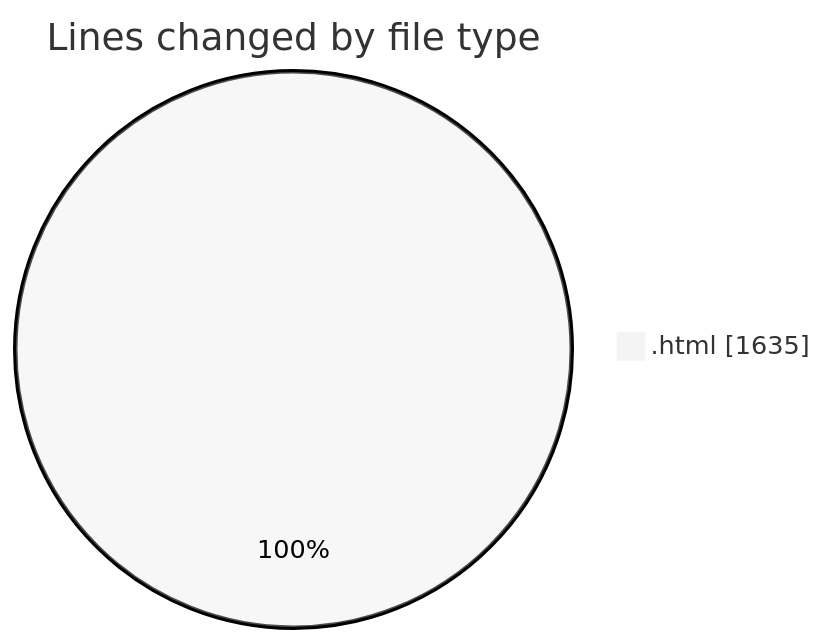
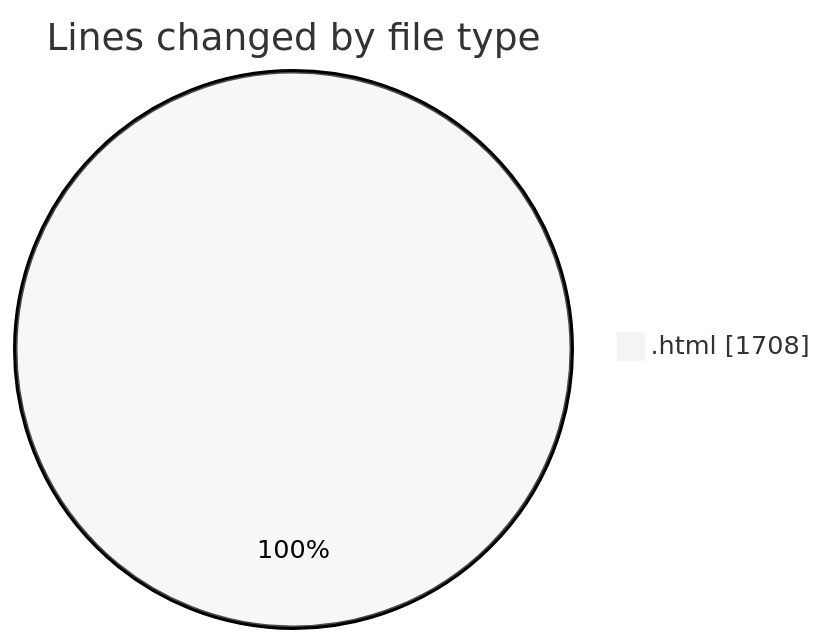
The first of 2 diagrams in 2025-08-10/nxtqube_webapp/README.md (nxtqubesakshisongat/code-tracking), drawn with Mermaid (neutral theme) before and after one commit. The commit also changed other lines of this file and 1 other file, not shown here.

````diff
--- a/2025-08-10/nxtqube_webapp/README.md
+++ b/2025-08-10/nxtqube_webapp/README.md
@@ -21,5 +21,5 @@
 ```mermaid
 pie showData
 title Lines changed by file type
-".html" : 1635
+".html" : 1708
 ```
````
